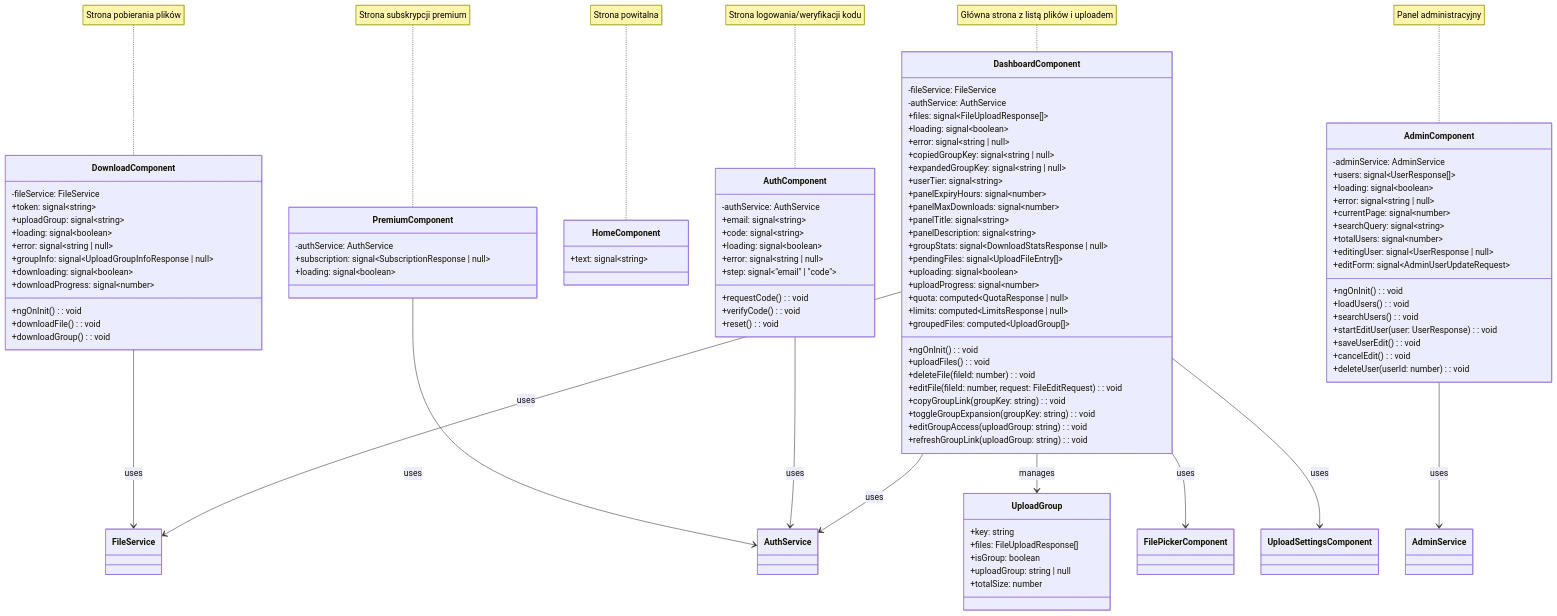
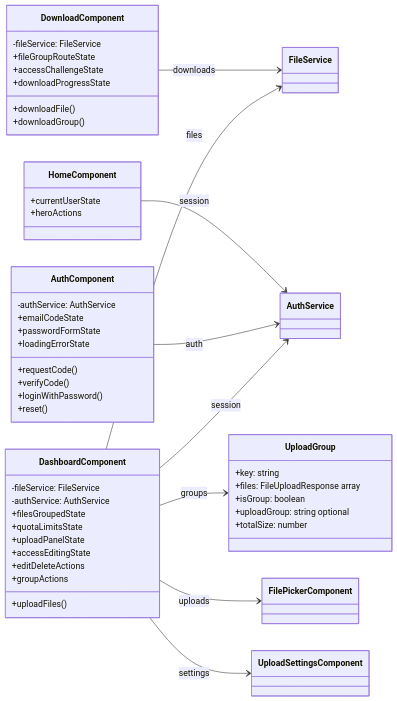
The first of 2 diagrams in documentation/UMLClassDiagrams/frontend-pages.md (ThePhaseless/SendR), drawn with Mermaid before and after one commit. The commit also changed other lines of this file and 12 other files, not shown here.

````diff
--- a/documentation/UMLClassDiagrams/frontend-pages.md
+++ b/documentation/UMLClassDiagrams/frontend-pages.md
@@ -3,124 +7,58 @@
 ```mermaid
 classDiagram
-    %% Page Interfaces
+    direction LR
+
     class UploadGroup {
       +key: string
-      +files: FileUploadResponse[]
+      +files: FileUploadResponse array
       +isGroup: boolean
-      +uploadGroup: string | null
+      +uploadGroup: string optional
       +totalSize: number
     }
 
-    %% Dashboard Page
     class DashboardComponent {
       -fileService: FileService
       -authService: AuthService
-      +files: signal~FileUploadResponse[]~
-      +loading: signal~boolean~
-      +error: signal~string | null~
-      +copiedGroupKey: signal~string | null~
-      +expandedGroupKey: signal~string | null~
-      +userTier: signal~string~
-      +panelExpiryHours: signal~number~
-      +panelMaxDownloads: signal~number~
-      +panelTitle: signal~string~
-      +panelDescription: signal~string~
-      +groupStats: signal~DownloadStatsResponse | null~
-      +pendingFiles: signal~UploadFileEntry[]~
-      +uploading: signal~boolean~
-      +uploadProgress: signal~number~
-      +quota: computed~QuotaResponse | null~
-      +limits: computed~LimitsResponse | null~
-      +groupedFiles: computed~UploadGroup[]~
-      +ngOnInit(): void
-      +uploadFiles(): void
-      +deleteFile(fileId: number): void
-      +editFile(fileId: number, request: FileEditRequest): void
-      +copyGroupLink(groupKey: string): void
-      +toggleGroupExpansion(groupKey: string): void
-      +editGroupAccess(uploadGroup: string): void
-      +refreshGroupLink(uploadGroup: string): void
+      +filesGroupedState
+      +quotaLimitsState
+      +uploadPanelState
+      +accessEditingState
+      +uploadFiles()
+      +editDeleteActions
+      +groupActions
     }
 
-    %% Authentication Page
     class AuthComponent {
       -authService: AuthService
-      +email: signal~string~
-      +code: signal~string~
-      +loading: signal~boolean~
-      +error: signal~string | null~
-      +step: signal~"email" | "code"~
-      +requestCode(): void
-      +verifyCode(): void
-      +reset(): void
+      +emailCodeState
+      +passwordFormState
+      +loadingErrorState
+      +requestCode()
+      +verifyCode()
+      +loginWithPassword()
+      +reset()
     }
 
-    %% Home Page
     class HomeComponent {
-      +text: signal~string~
+      +currentUserState
+      +heroActions
     }
 
-    %% Download Page
     class DownloadComponent {
       -fileService: FileService
-      +token: signal~string~
-      +uploadGroup: signal~string~
-      +loading: signal~boolean~
-      +error: signal~string | null~
-      +groupInfo: signal~UploadGroupInfoResponse | null~
-      +downloading: signal~boolean~
-      +downloadProgress: signal~number~
-      +ngOnInit(): void
-      +downloadFile(): void
-      +downloadGroup(): void
+      +fileGroupRouteState
+      +accessChallengeState
+      +downloadProgressState
+      +downloadFile()
+      +downloadGroup()
     }
 
-    %% Admin Page
-    class AdminComponent {
-      -adminService: AdminService
-      +users: signal~UserResponse[]~
-      +loading: signal~boolean~
-      +error: signal~string | null~
-      +currentPage: signal~number~
-      +searchQuery: signal~string~
-      +totalUsers: signal~number~
-      +editingUser: signal~UserResponse | null~
-      +editForm: signal~AdminUserUpdateRequest~
-      +ngOnInit(): void
-      +loadUsers(): void
-      +searchUsers(): void
-      +startEditUser(user: UserResponse): void
-      +saveUserEdit(): void
-      +cancelEdit(): void
-      +deleteUser(userId: number): void
-    }
-
-    %% Premium Page
-    class PremiumComponent {
-      -authService: AuthService
-      +subscription: signal~SubscriptionResponse | null~
-      +loading: signal~boolean~
-    }
-
-    %% Relationships
-    DashboardComponent --> FileService : uses
-    DashboardComponent --> AuthService : uses
-    DashboardComponent --> UploadGroup : manages
-    DashboardComponent --> FilePickerComponent : uses
-    DashboardComponent --> UploadSettingsComponent : uses
-
-    AuthComponent --> AuthService : uses
-
-    DownloadComponent --> FileService : uses
-
-    AdminComponent --> AdminService : uses
-
-    PremiumComponent --> AuthService : uses
-
-    note for DashboardComponent "Główna strona z listą plików i uploadem"
-    note for AuthComponent "Strona logowania/weryfikacji kodu"
-    note for HomeComponent "Strona powitalna"
-    note for DownloadComponent "Strona pobierania plików"
-    note for AdminComponent "Panel administracyjny"
-    note for PremiumComponent "Strona subskrypcji premium"
+    DashboardComponent --> FileService : files
+    DashboardComponent --> AuthService : session
+    DashboardComponent --> UploadGroup : groups
+    DashboardComponent --> FilePickerComponent : uploads
+    DashboardComponent --> UploadSettingsComponent : settings
+    AuthComponent --> AuthService : auth
+    HomeComponent --> AuthService : session
+    DownloadComponent --> FileService : downloads
 ```
````
